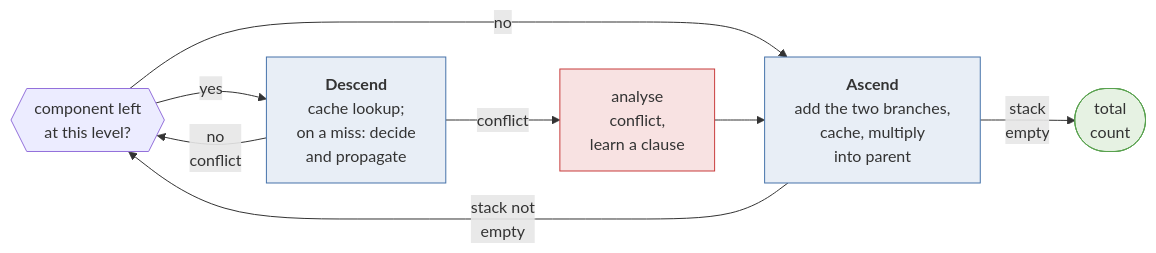
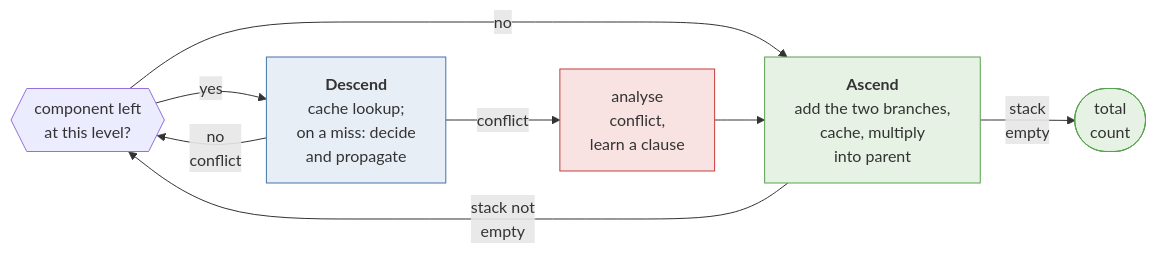
The diagram in figs/mermaid/main-loop.mmd (meelgroup/ganak-presentation), drawn with Mermaid before and after one commit. The commit also changed 6 other files, not shown here.

First line of the commit message:
Mermaid diagrams: consistent colours, red/green conflict label backgrounds

```diff
--- a/figs/mermaid/main-loop.mmd
+++ b/figs/mermaid/main-loop.mmd
@@ -1,16 +1,17 @@
 flowchart LR
   F{{"component left<br/>at this level?"}}
   F -->|yes| D["<b>Descend</b><br/>cache lookup;<br/>on a miss: decide<br/>and propagate"]
-  D -->|"no<br/>conflict"| F
-  D -->|conflict| A["analyse<br/>conflict,<br/>learn a clause"]
+  D -->|"<span class='lbl-green'>no<br/>conflict</span>"| F
+  D -->|"<span class='lbl-red'>conflict</span>"| A["analyse<br/>conflict,<br/>learn a clause"]
   F -->|no| U["<b>Ascend</b><br/>add the two branches,<br/>cache, multiply<br/>into parent"]
   A --> U
   U -->|"stack not<br/>empty"| F
   U -->|"stack<br/>empty"| X(["total<br/>count"])
 
-  classDef big fill:#e8eef6,stroke:#4673aa
-  classDef bad fill:#f8e2e2,stroke:#c83c3c
-  classDef term fill:#e6f2e3,stroke:#59a14f
-  class D,U big
-  class A bad
-  class X term
+  %% blue: search, red: conflict, green: counting
+  classDef search fill:#e8eef6,stroke:#4673aa
+  classDef confl fill:#f8e2e2,stroke:#c83c3c
+  classDef count fill:#e6f2e3,stroke:#59a14f
+  class D search
+  class A confl
+  class U,X count
```
